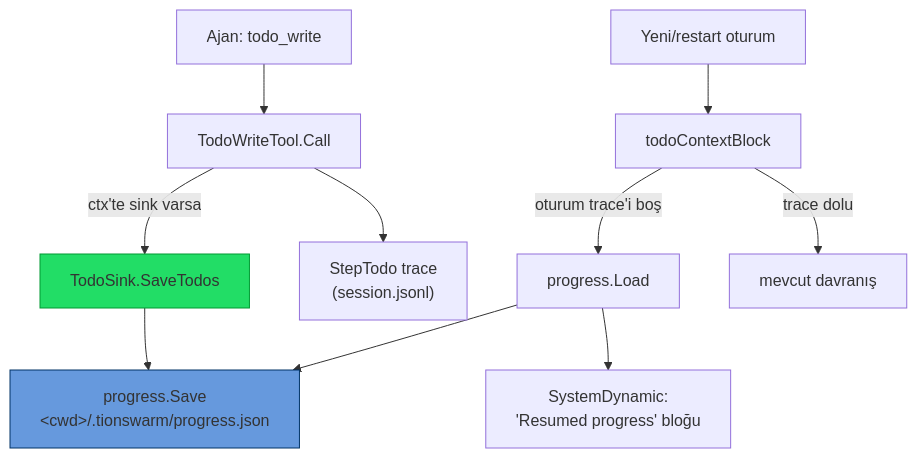
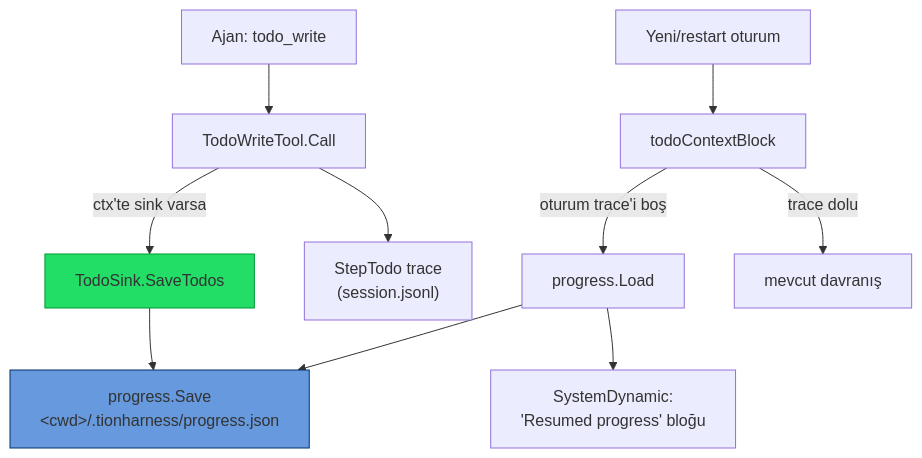
The diagram in _Docs/36-KALICI-ILERLEME.md (bilal-arikan/tionharness), drawn with Mermaid before and after one commit. The commit also changed other lines of this file and 831 other files, not shown here.

````diff
--- a/_Docs/36-KALICI-ILERLEME.md
+++ b/_Docs/36-KALICI-ILERLEME.md
@@ -59,14 +59,14 @@
 ```mermaid
 graph TD
     AGENT["Ajan: todo_write"] --> TOOL["TodoWriteTool.Call"]
     TOOL -->|"ctx'te sink varsa"| SINK["TodoSink.SaveTodos"]
-    SINK --> DISK["progress.Save<br/>&lt;cwd&gt;/.tionswarm/progress.json"]
+    SINK --> DISK["progress.Save<br/>&lt;cwd&gt;/.tionharness/progress.json"]
     TOOL --> STEP["StepTodo trace<br/>(session.jsonl)"]
     FRESH["Yeni/restart oturum"] --> CB["todoContextBlock"]
     CB -->|"oturum trace'i boş"| LOAD["progress.Load"]
     LOAD --> DISK
     LOAD --> INJECT["SystemDynamic:<br/>'Resumed progress' bloğu"]
     CB -->|"trace dolu"| OWN["mevcut davranış"]
     style DISK fill:#69d,stroke:#036
     style SINK fill:#2d6,stroke:#093
 ```
````
